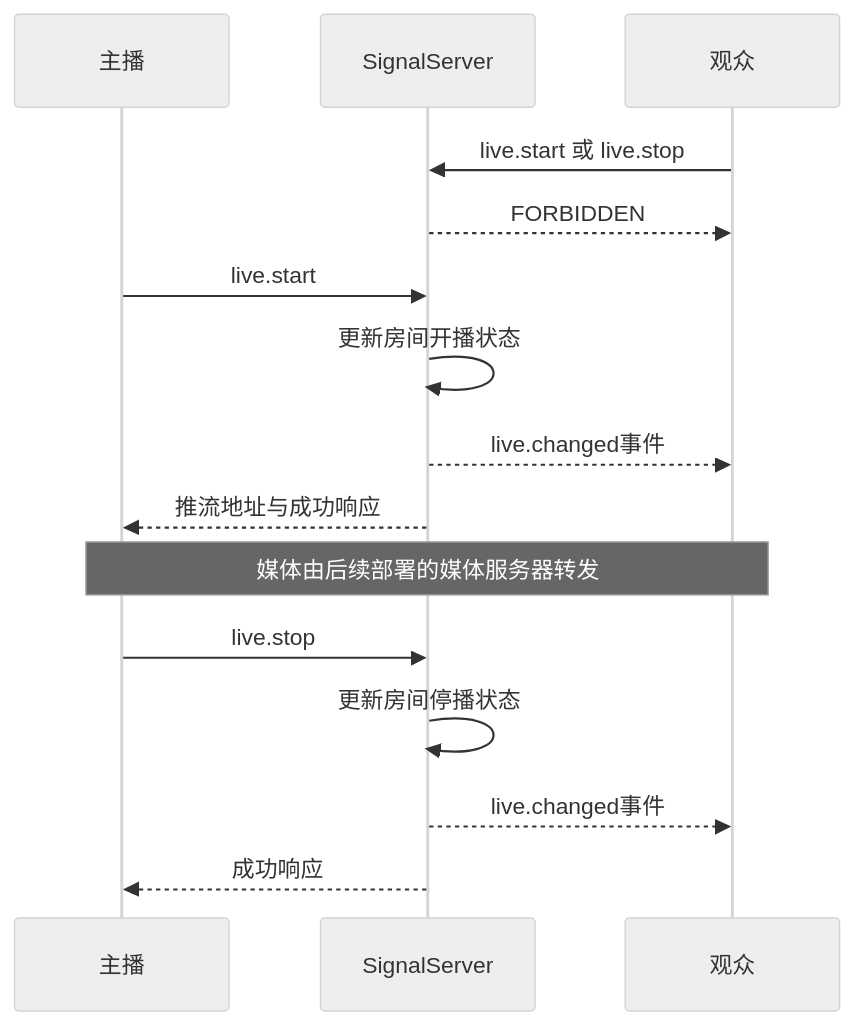
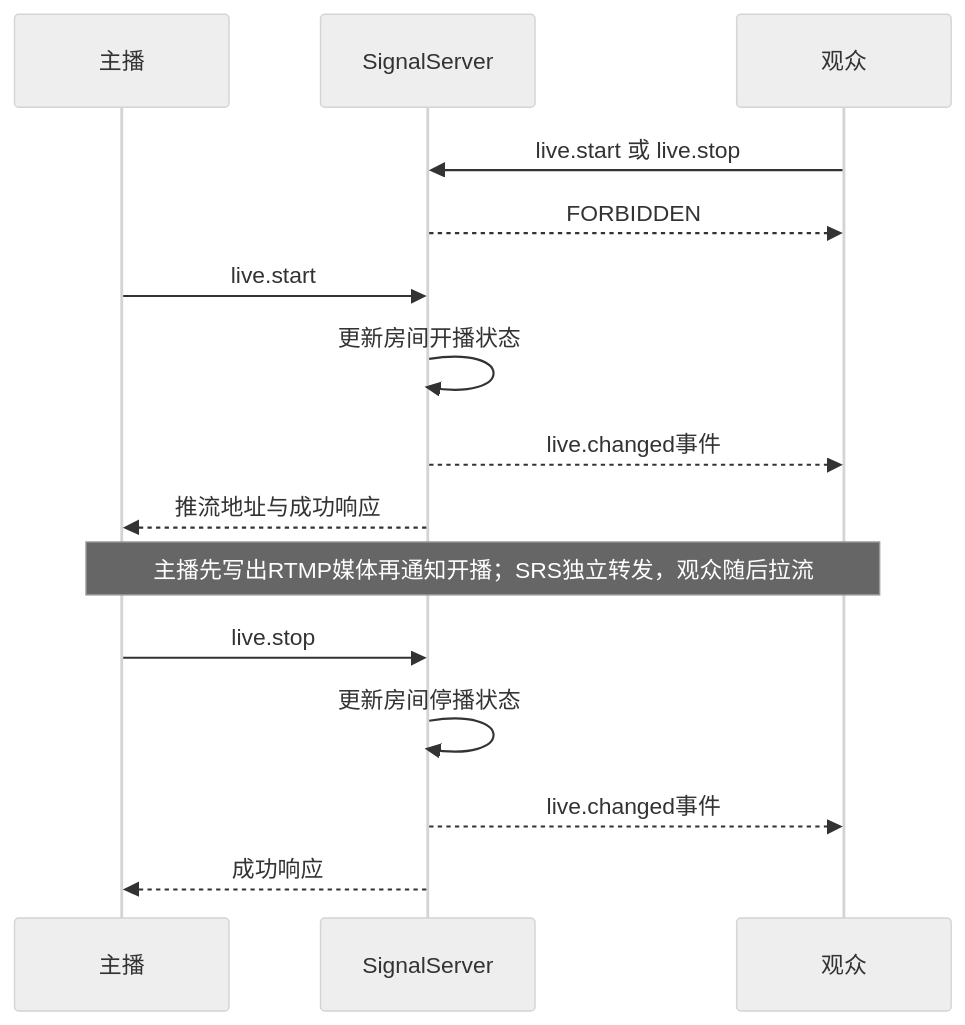
The diagram in docs/uml/signal-live.mmd (kingsman-svg/OBS), drawn with Mermaid (neutral theme) before and after one commit. The commit also changed 61 other files, not shown here.

```diff
--- a/docs/uml/signal-live.mmd
+++ b/docs/uml/signal-live.mmd
@@ -1,15 +1,15 @@
 sequenceDiagram
 participant H as 主播
 participant S as SignalServer
 participant V as 观众
 V->>S: live.start 或 live.stop
 S-->>V: FORBIDDEN
 H->>S: live.start
 S->>S: 更新房间开播状态
 S-->>V: live.changed事件
 S-->>H: 推流地址与成功响应
-Note over H,V: 媒体由后续部署的媒体服务器转发
+Note over H,V: 主播先写出RTMP媒体再通知开播；SRS独立转发，观众随后拉流
 H->>S: live.stop
 S->>S: 更新房间停播状态
 S-->>V: live.changed事件
 S-->>H: 成功响应
```
